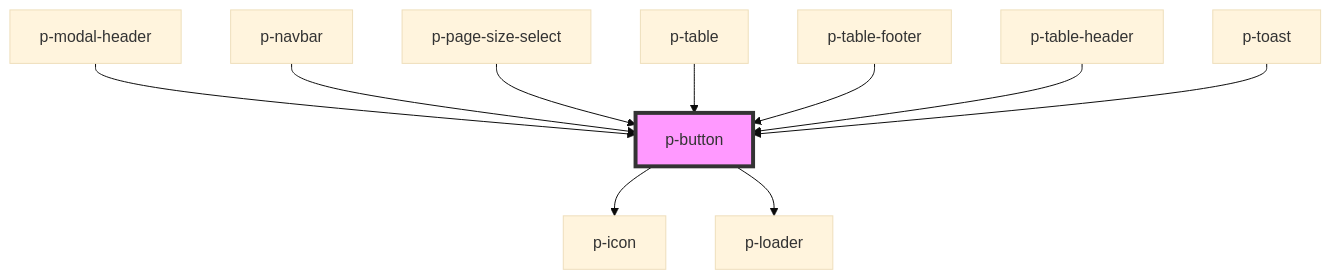
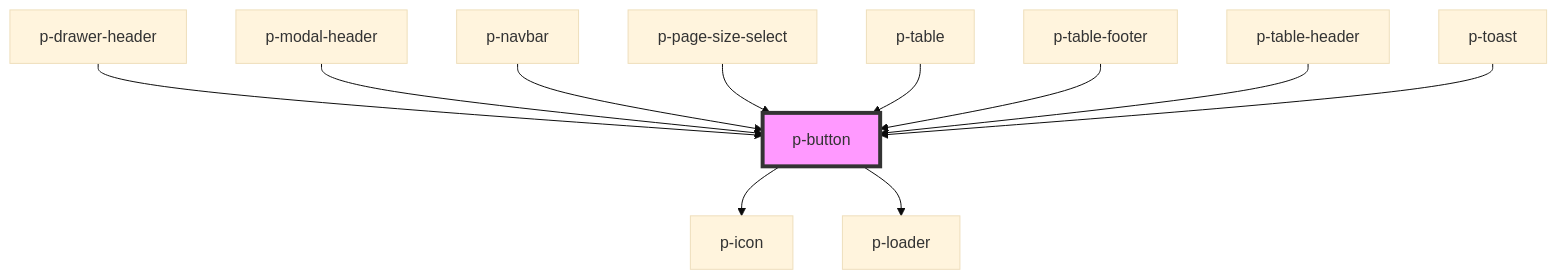
Before and after one commit to Employes/paperless: the diagram in packages/core/src/components/atoms/button/readme.md, drawn with Mermaid (base theme). The commit also changed other lines of this file and 8 other files, not shown here.

Commit message:
feat(Atoms): Add drawer header component

````diff
--- a/packages/core/src/components/atoms/button/readme.md
+++ b/packages/core/src/components/atoms/button/readme.md
@@ -53,13 +54,14 @@
 ```mermaid
 graph TD;
   p-button --> p-icon
   p-button --> p-loader
+  p-drawer-header --> p-button
   p-modal-header --> p-button
   p-navbar --> p-button
   p-page-size-select --> p-button
   p-table --> p-button
   p-table-footer --> p-button
   p-table-header --> p-button
   p-toast --> p-button
   style p-button fill:#f9f,stroke:#333,stroke-width:4px
 ```
````
